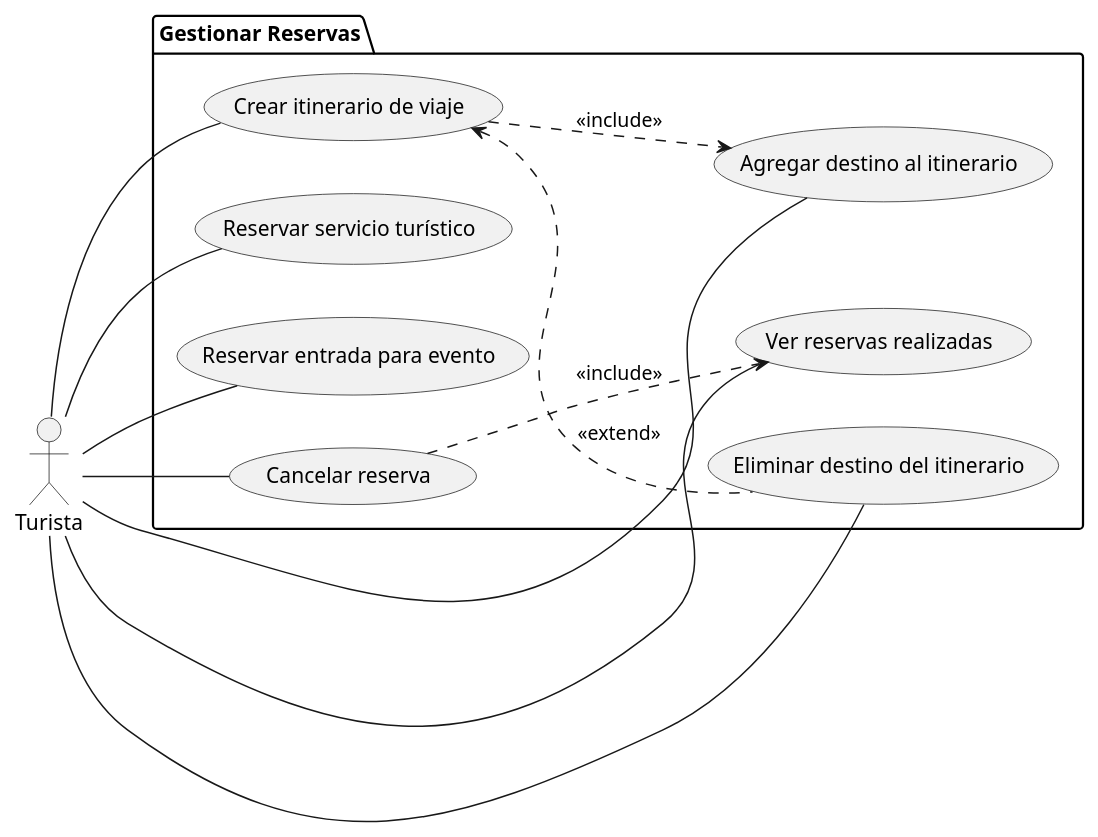
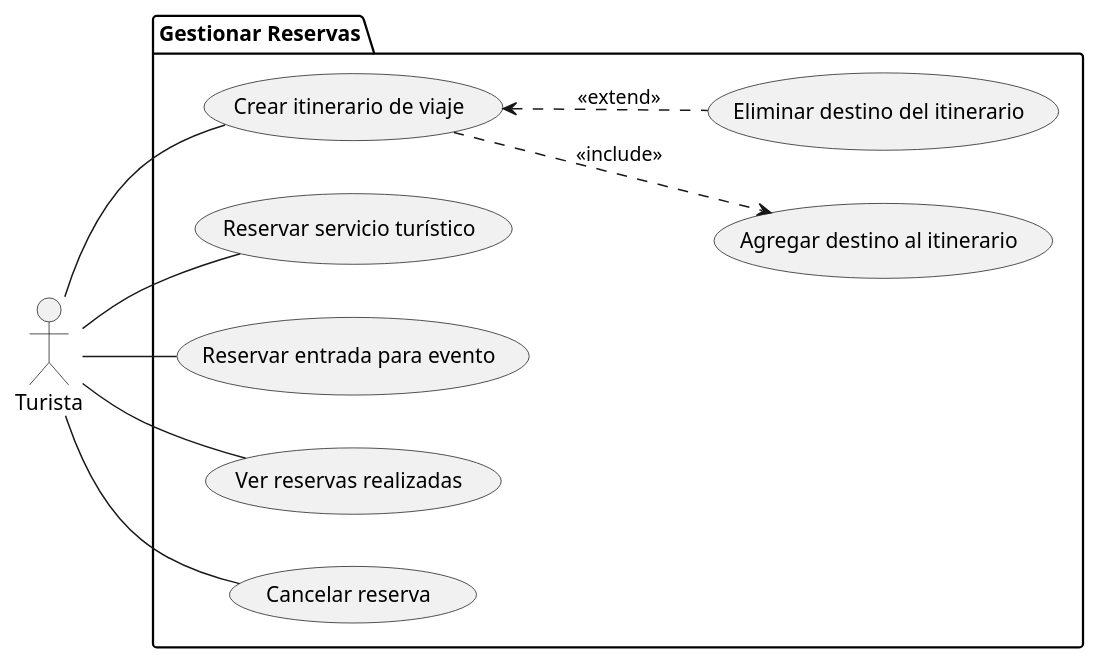
The diagram in docs/modelos/uc-lvl-1/gestionar-reservas/turista-diagrama.puml (LJSaumeth/SM-Xplore-Proto), drawn with PlantUML before and after one commit.

```diff
--- a/docs/modelos/uc-lvl-1/gestionar-reservas/turista-diagrama.puml
+++ b/docs/modelos/uc-lvl-1/gestionar-reservas/turista-diagrama.puml
@@ -1,30 +1,25 @@
 @startuml
 left to right direction
 
 actor Turista as T
 
 package "Gestionar Reservas" {
     usecase "Crear itinerario de viaje" as UC1
     usecase "Reservar servicio turístico" as UC2
     usecase "Reservar entrada para evento" as UC3
     usecase "Ver reservas realizadas" as UC4
     usecase "Cancelar reserva" as UC5
     usecase "Agregar destino al itinerario" as UC6
     usecase "Eliminar destino del itinerario" as UC7
 }
 
 T -- UC1
 T -- UC2
 T -- UC3
 T -- UC4
 T -- UC5
-T -- UC6
-T -- UC7
 
 UC1 ..> UC6 : <<include>>
-
 UC1 <.. UC7 : <<extend>>
 
-UC5 ..> UC4 : <<include>>
-
 @enduml
```
